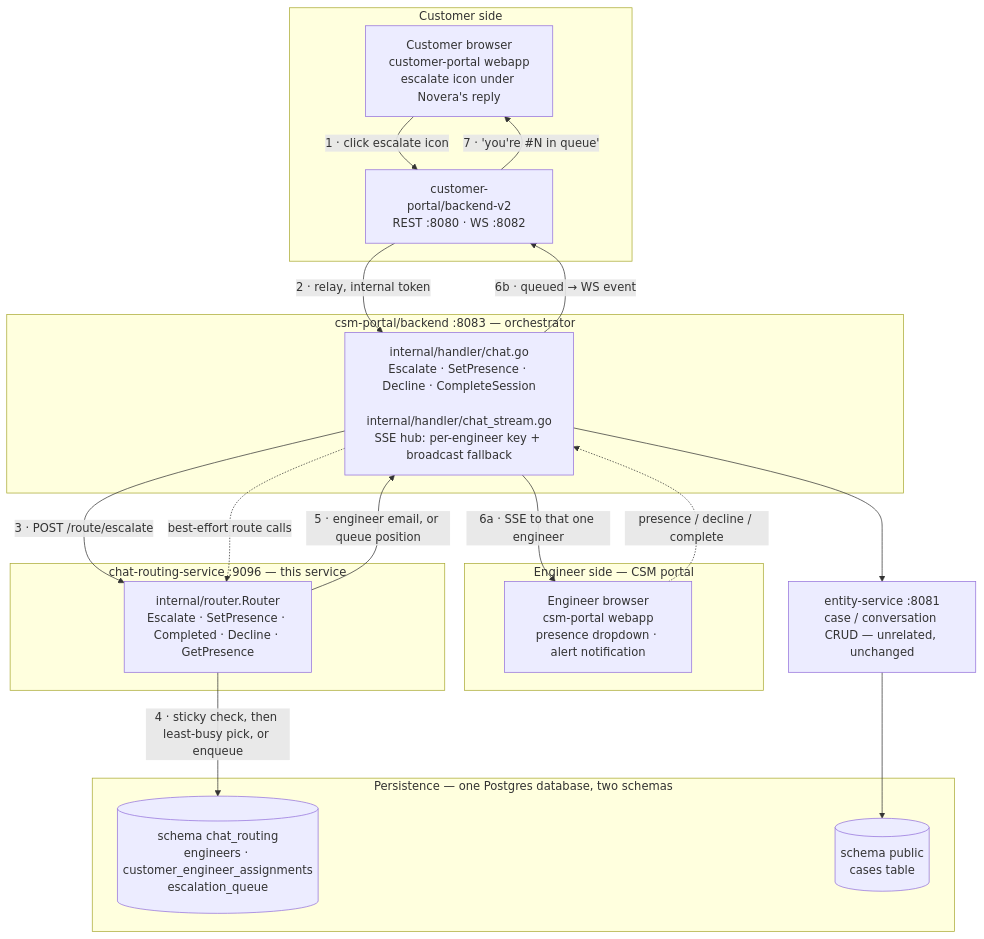
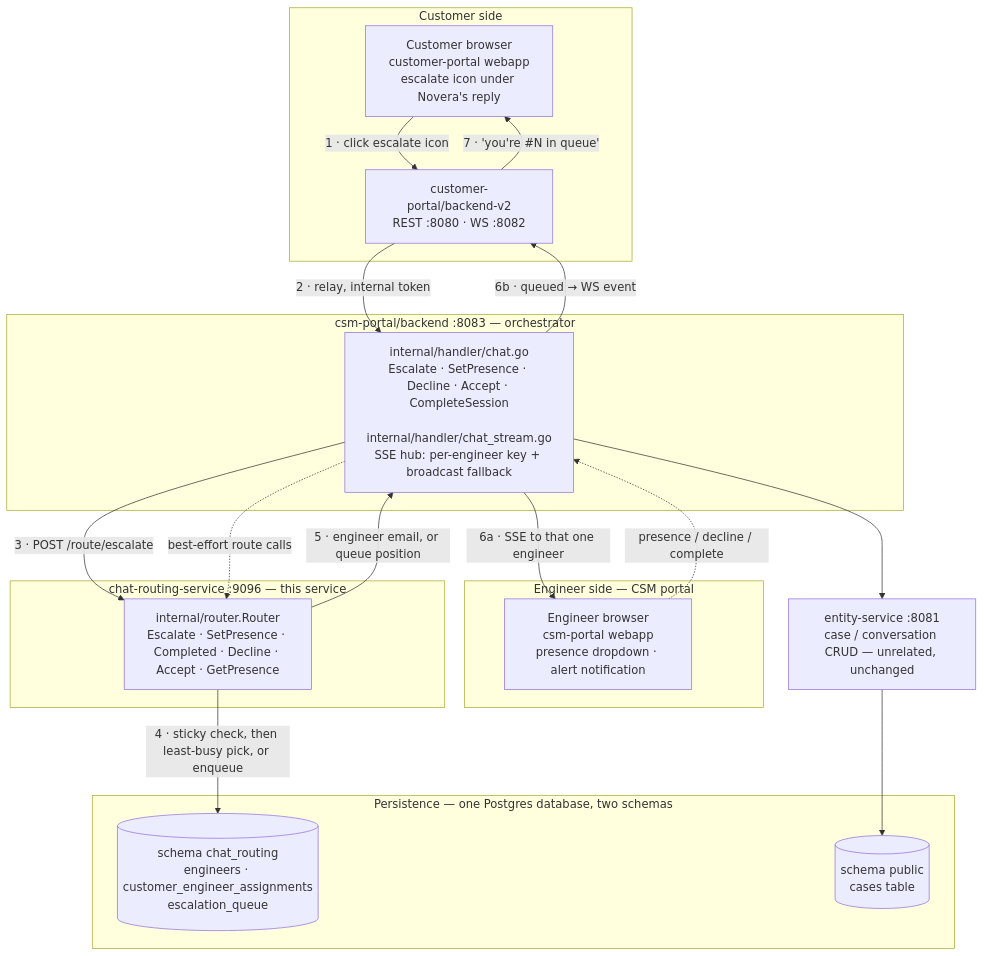
Before and after one commit to SeyedRumaiz/wso2-real-time-chat-framework: the diagram in apps/chat-routing-service/backend/README.md, drawn with Mermaid. The commit also changed other lines of this file and 13 other files, not shown here.

````diff
--- a/apps/chat-routing-service/backend/README.md
+++ b/apps/chat-routing-service/backend/README.md
@@ -20,39 +24,39 @@
 ```mermaid
 flowchart TB
     subgraph CUST["Customer side"]
         A["Customer browser<br/>customer-portal webapp<br/>escalate icon under Novera's reply"]
         C["customer-portal/backend-v2<br/>REST :8080 · WS :8082"]
     end
 
     subgraph ENGS["Engineer side — CSM portal"]
         B["Engineer browser<br/>csm-portal webapp<br/>presence dropdown · alert notification"]
     end
 
     subgraph CSM["csm-portal/backend :8083 — orchestrator"]
-        D["internal/handler/chat.go<br/>Escalate · SetPresence · Decline · CompleteSession<br/><br/>internal/handler/chat_stream.go<br/>SSE hub: per-engineer key + broadcast fallback"]
+        D["internal/handler/chat.go<br/>Escalate · SetPresence · Decline · Accept · CompleteSession<br/><br/>internal/handler/chat_stream.go<br/>SSE hub: per-engineer key + broadcast fallback"]
     end
 
     subgraph ROUTE["chat-routing-service :9096 — this service"]
-        F["internal/router.Router<br/>Escalate · SetPresence · Completed · Decline · GetPresence"]
+        F["internal/router.Router<br/>Escalate · SetPresence · Completed · Decline · Accept · GetPresence"]
     end
 
     subgraph PG["Persistence — one Postgres database, two schemas"]
         G[("schema chat_routing<br/>engineers · customer_engineer_assignments<br/>escalation_queue")]
         I[("schema public<br/>cases table")]
     end
 
     H["entity-service :8081<br/>case / conversation CRUD — unrelated, unchanged"]
 
     A -->|"1 · click escalate icon"| C
     C -->|"2 · relay, internal token"| D
     D -->|"3 · POST /route/escalate"| F
     F -->|"4 · sticky check, then least-busy pick, or enqueue"| G
     F -->|"5 · engineer email, or queue position"| D
     D -->|"6a · SSE to that one engineer"| B
     D -->|"6b · queued → WS event"| C
     C -->|"7 · 'you're #N in queue'"| A
     B -.->|"presence / decline / complete"| D
     D -.->|"best-effort route calls"| F
     D --> H
     H --> I
 ```
````
